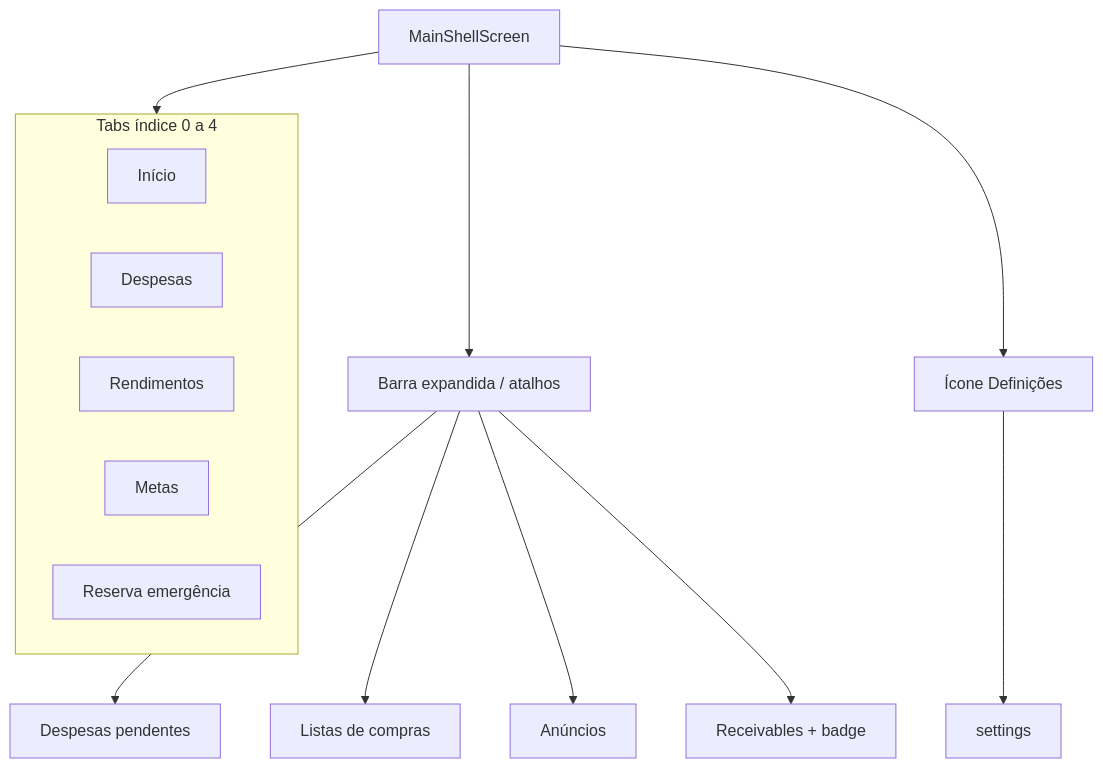
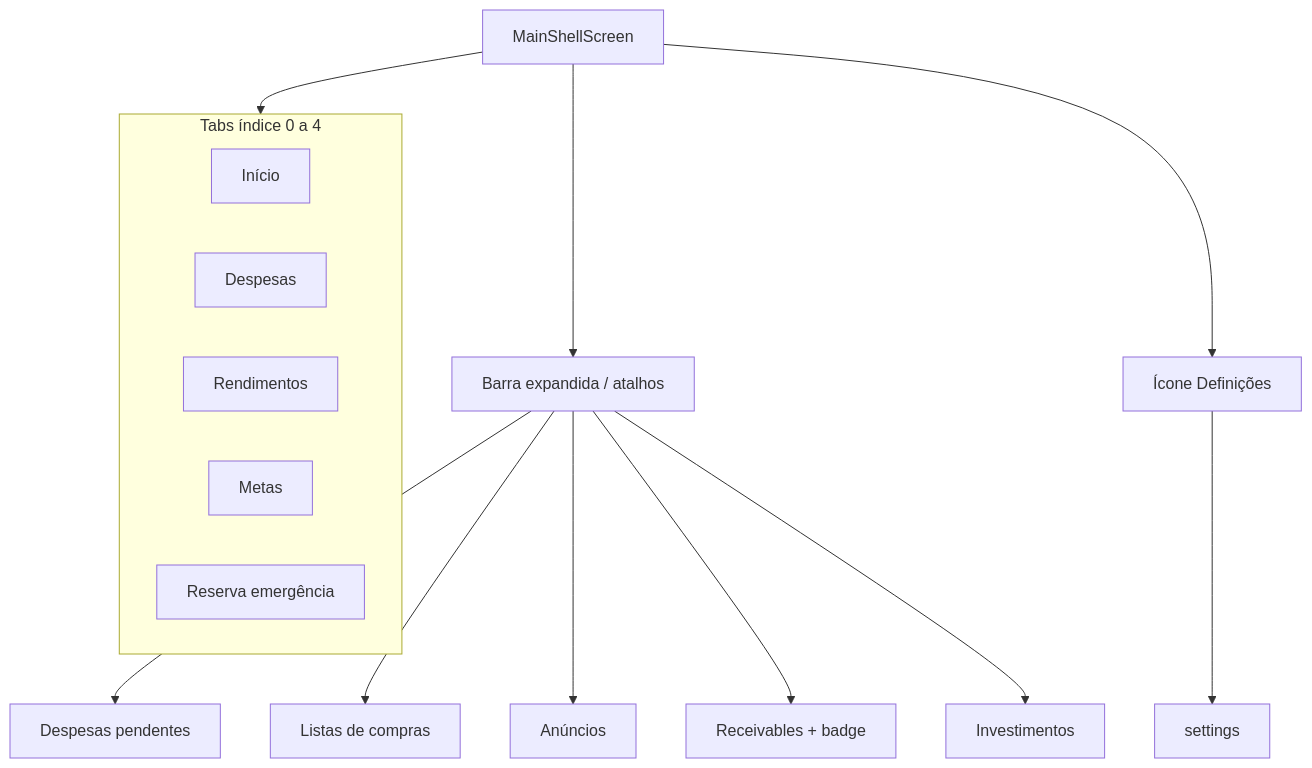
The fourth of 11 diagrams in docs/FLUXOGRAMAS_UI_E_NAVEGACAO.md (Andrinoo/well-paid), drawn with Mermaid before and after one commit. The commit also changed other lines of this file and 25 other files, not shown here.

````diff
--- a/docs/FLUXOGRAMAS_UI_E_NAVEGACAO.md
+++ b/docs/FLUXOGRAMAS_UI_E_NAVEGACAO.md
@@ -105,19 +107,20 @@
 ```mermaid
 flowchart TB
   shell[MainShellScreen]
   shell --> tabs
   subgraph tabs [Tabs índice 0 a 4]
     t0[Início]
     t1[Despesas]
     t2[Rendimentos]
     t3[Metas]
     t4[Reserva emergência]
   end
   shell --> bar[Barra expandida / atalhos]
   bar --> a1[Despesas pendentes]
   bar --> a2[Listas de compras]
   bar --> a3[Anúncios]
   bar --> a4[Receivables + badge]
+  bar --> a5[Investimentos]
   shell --> setIcon[Ícone Definições]
   setIcon --> settingsRoute[settings]
 ```
````
